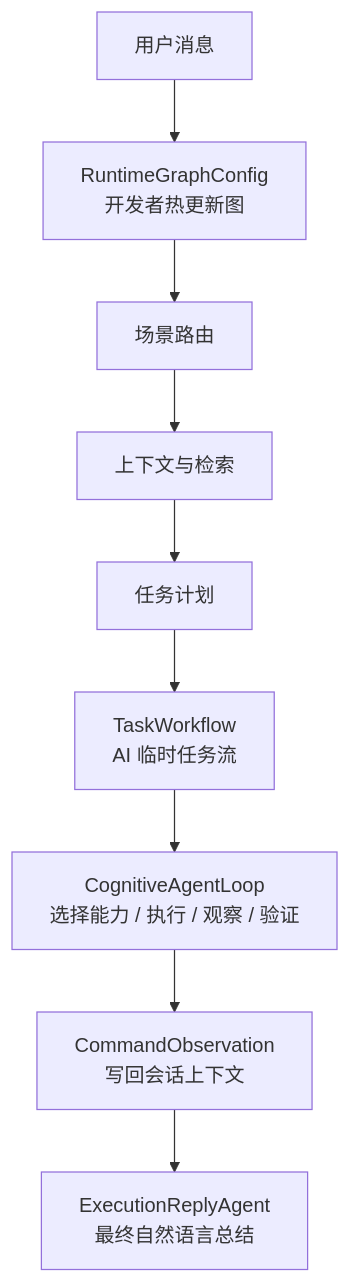
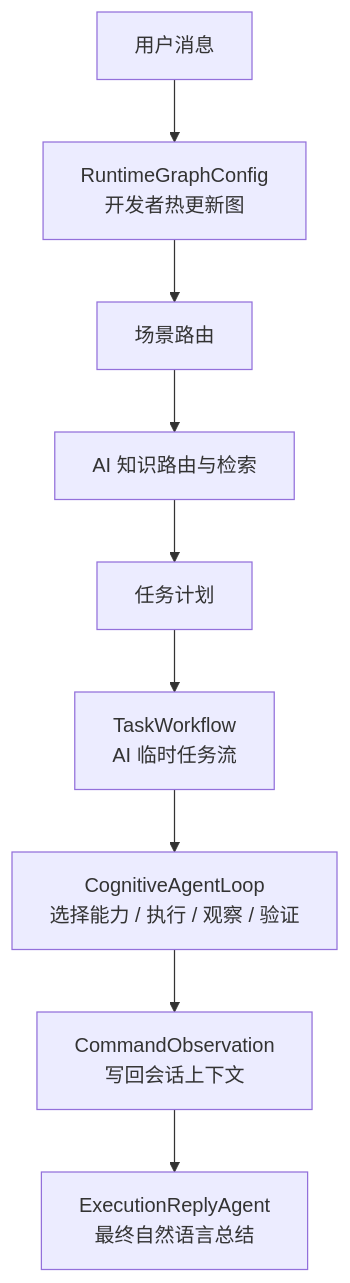
One commit to ClassRobot/ClassRobot changed the first of 3 diagrams in core/agent/runtime/README.md. Above: the diagram before and after it, drawn with Mermaid. The commit also changed other lines of this file and 66 other files, not shown here.

````diff
--- a/core/agent/runtime/README.md
+++ b/core/agent/runtime/README.md
@@ -37,11 +37,11 @@
 ```mermaid
 flowchart TD
     User["用户消息"] --> RuntimeGraph["RuntimeGraphConfig\n开发者热更新图"]
     RuntimeGraph --> Route["场景路由"]
-    Route --> Context["上下文与检索"]
+    Route --> Context["AI 知识路由与检索"]
     Context --> Plan["任务计划"]
     Plan --> TaskFlow["TaskWorkflow\nAI 临时任务流"]
     TaskFlow --> Loop["CognitiveAgentLoop\n选择能力 / 执行 / 观察 / 验证"]
     Loop --> Observation["CommandObservation\n写回会话上下文"]
     Observation --> Reply["ExecutionReplyAgent\n最终自然语言总结"]
 ```
````
